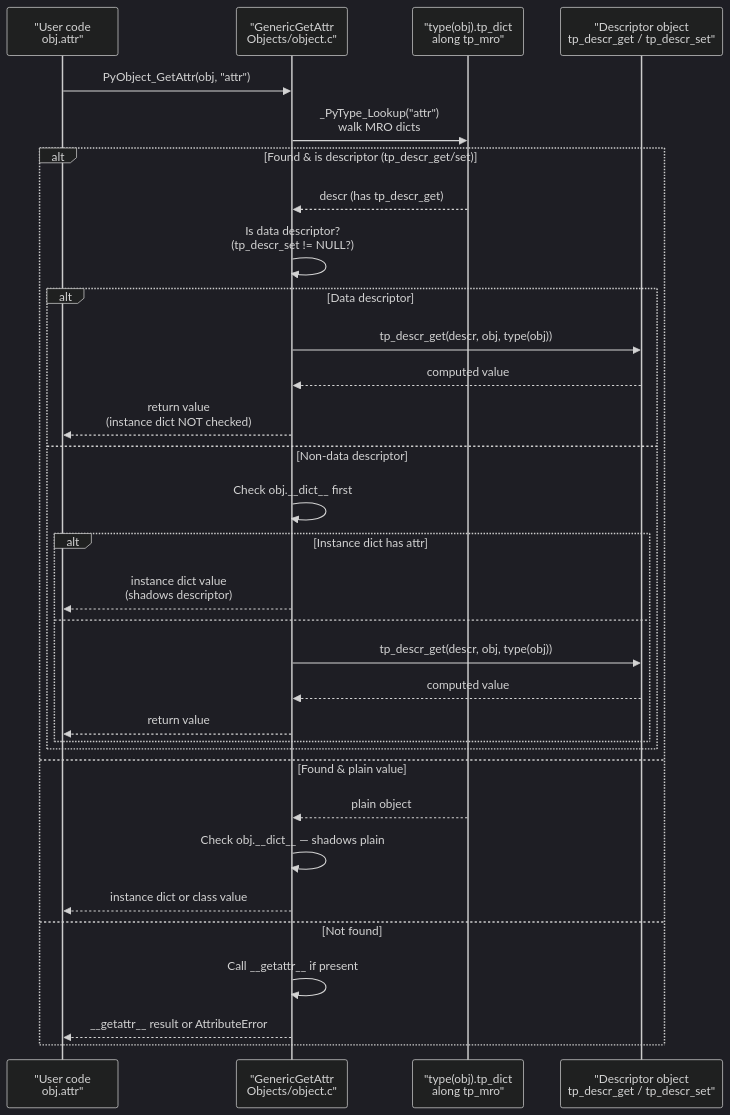
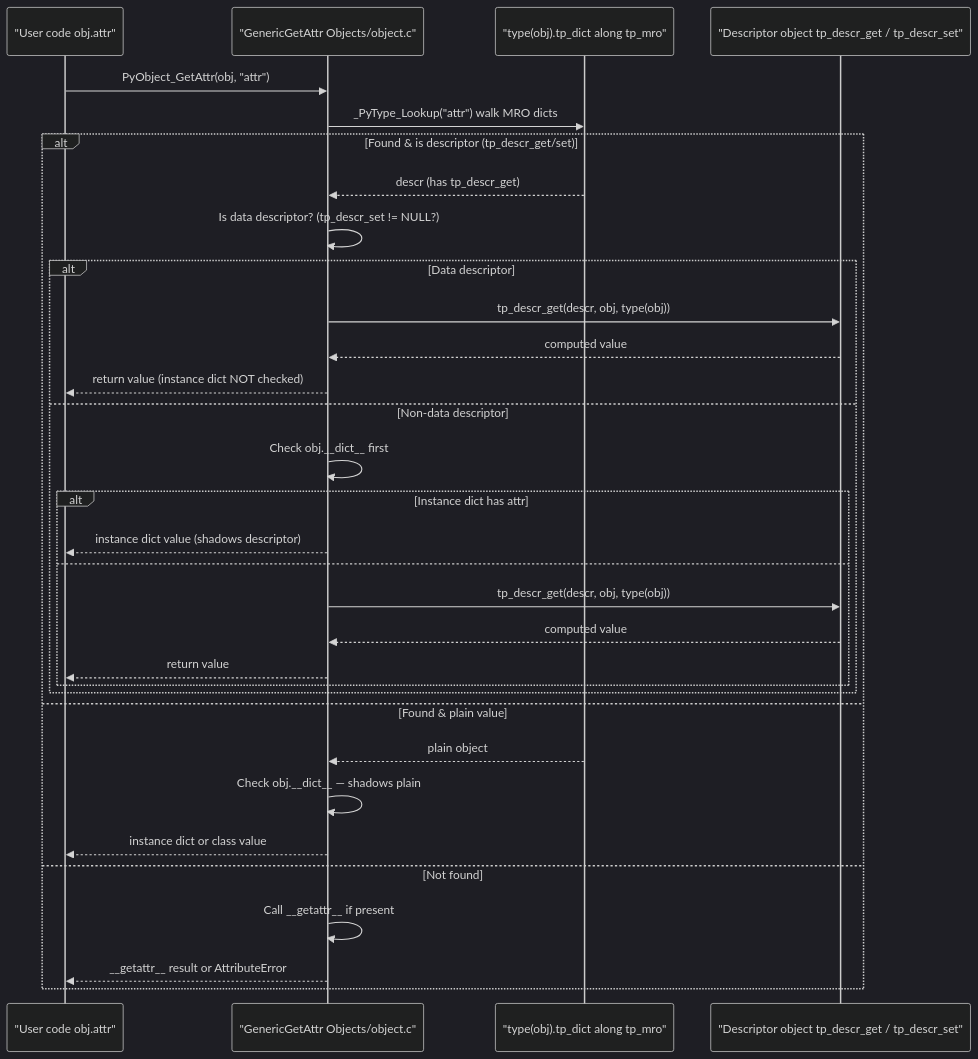
Before and after one commit to bumbsclaw/textbooks: the sixth of 7 diagrams in vol-16-python-cpython-internals/ch06-type-system.md, drawn with Mermaid (dark theme). The commit also changed other lines of this file and 9 other files, not shown here.

First line of the commit message:
fix(pdf, mermaid): syntax-highlighted code blocks + diagram label fixes

````diff
--- a/vol-16-python-cpython-internals/ch06-type-system.md
+++ b/vol-16-python-cpython-internals/ch06-type-system.md
@@ -580,35 +580,35 @@
 ```mermaid
 sequenceDiagram
-    participant User as "User code<br/>obj.attr"
-    participant GetAttr as "GenericGetAttr<br/>Objects/object.c"
-    participant TypeDict as "type(obj).tp_dict<br/>along tp_mro"
-    participant Descr as "Descriptor object<br/>tp_descr_get / tp_descr_set"
+    participant User as "User code obj.attr"
+    participant GetAttr as "GenericGetAttr Objects/object.c"
+    participant TypeDict as "type(obj).tp_dict along tp_mro"
+    participant Descr as "Descriptor object tp_descr_get / tp_descr_set"
 
     User->>GetAttr: PyObject_GetAttr(obj, "attr")
-    GetAttr->>TypeDict: _PyType_Lookup("attr")<br/>walk MRO dicts
+    GetAttr->>TypeDict: _PyType_Lookup("attr") walk MRO dicts
     alt Found & is descriptor (tp_descr_get/set)
         TypeDict-->>GetAttr: descr (has tp_descr_get)
-        GetAttr->>GetAttr: Is data descriptor?<br/>(tp_descr_set != NULL?)
+        GetAttr->>GetAttr: Is data descriptor? (tp_descr_set != NULL?)
         alt Data descriptor
             GetAttr->>Descr: tp_descr_get(descr, obj, type(obj))
             Descr-->>GetAttr: computed value
-            GetAttr-->>User: return value<br/>(instance dict NOT checked)
+            GetAttr-->>User: return value (instance dict NOT checked)
         else Non-data descriptor
             GetAttr->>GetAttr: Check obj.__dict__ first
             alt Instance dict has attr
-                GetAttr-->>User: instance dict value<br/>(shadows descriptor)
+                GetAttr-->>User: instance dict value (shadows descriptor)
             else
                 GetAttr->>Descr: tp_descr_get(descr, obj, type(obj))
                 Descr-->>GetAttr: computed value
                 GetAttr-->>User: return value
             end
         end
     else Found & plain value
         TypeDict-->>GetAttr: plain object
         GetAttr->>GetAttr: Check obj.__dict__ — shadows plain
         GetAttr-->>User: instance dict or class value
     else Not found
         GetAttr->>GetAttr: Call __getattr__ if present
         GetAttr-->>User: __getattr__ result or AttributeError
     end
 ```
````
